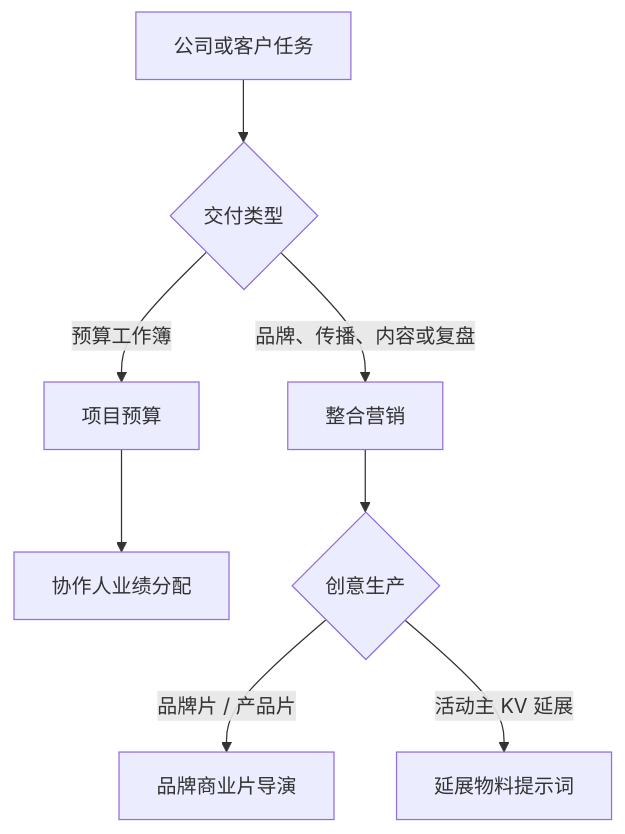
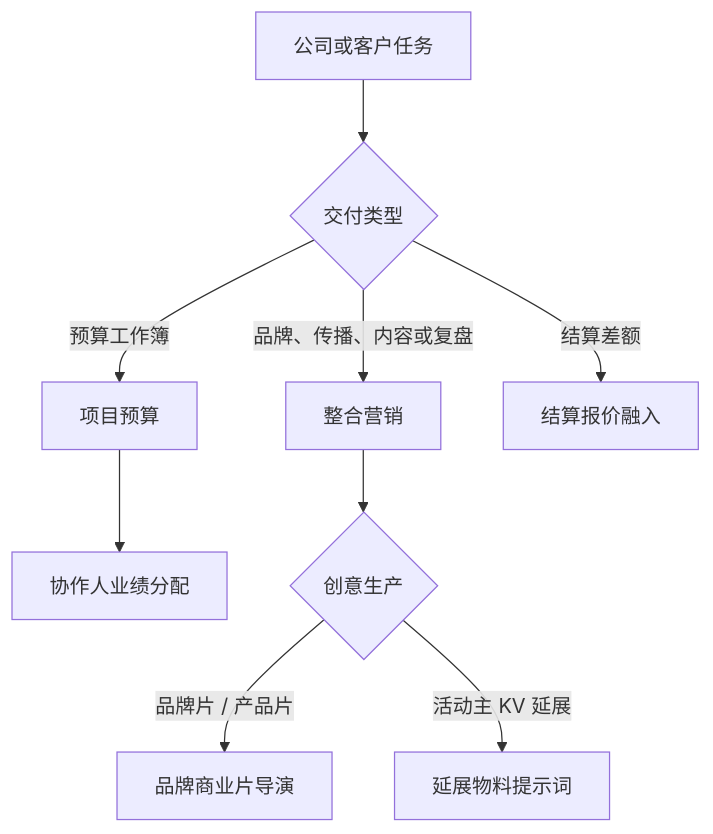
Before and after one commit to Jaywang1013/Awesome-Himice-SOP-skill: the diagram in skills/company-common/README.md, drawn with Mermaid. The commit also changed other lines of this file and 8 other files, not shown here.

````diff
--- a/skills/company-common/README.md
+++ b/skills/company-common/README.md
@@ -15,10 +16,11 @@
 ```mermaid
 flowchart TD
     A["公司或客户任务"] --> B{"交付类型"}
     B -->|预算工作簿| C["项目预算"]
     C --> D["协作人业绩分配"]
     B -->|品牌、传播、内容或复盘| E["整合营销"]
     E --> F{"创意生产"}
     F -->|品牌片 / 产品片| G["品牌商业片导演"]
     F -->|活动主 KV 延展| H["延展物料提示词"]
+    B -->|结算差额| I["结算报价融入"]
 ```
````
